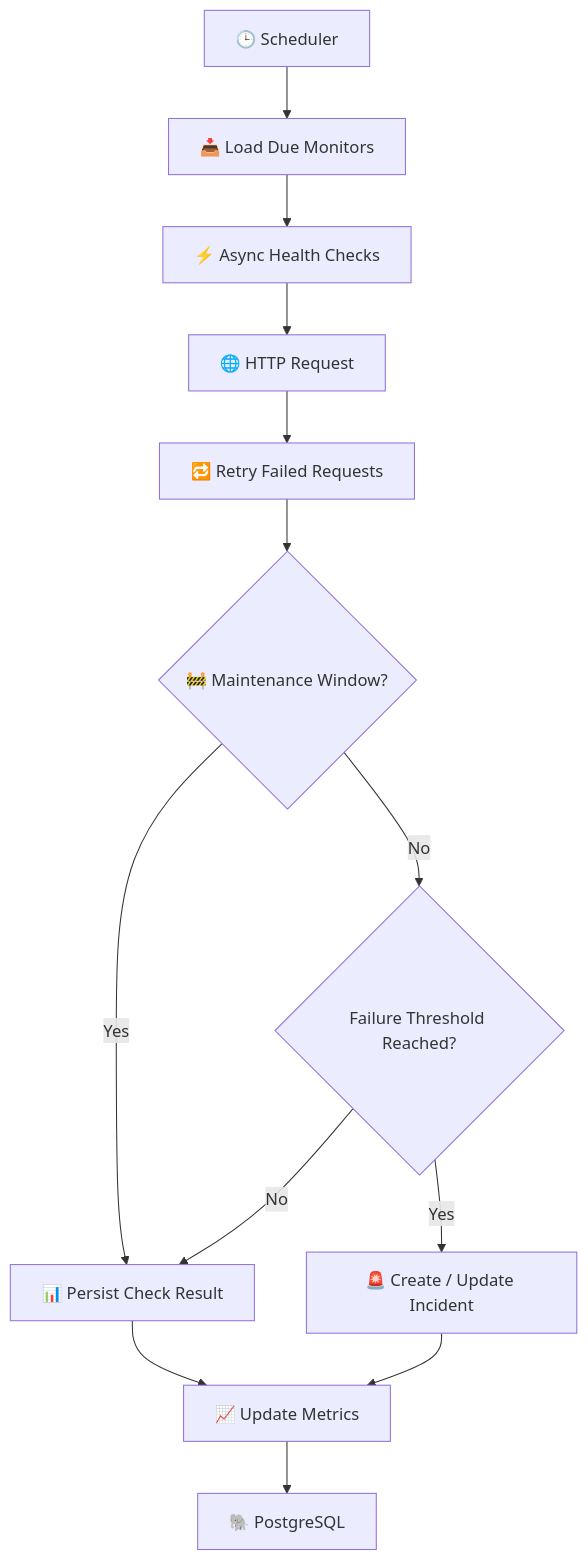
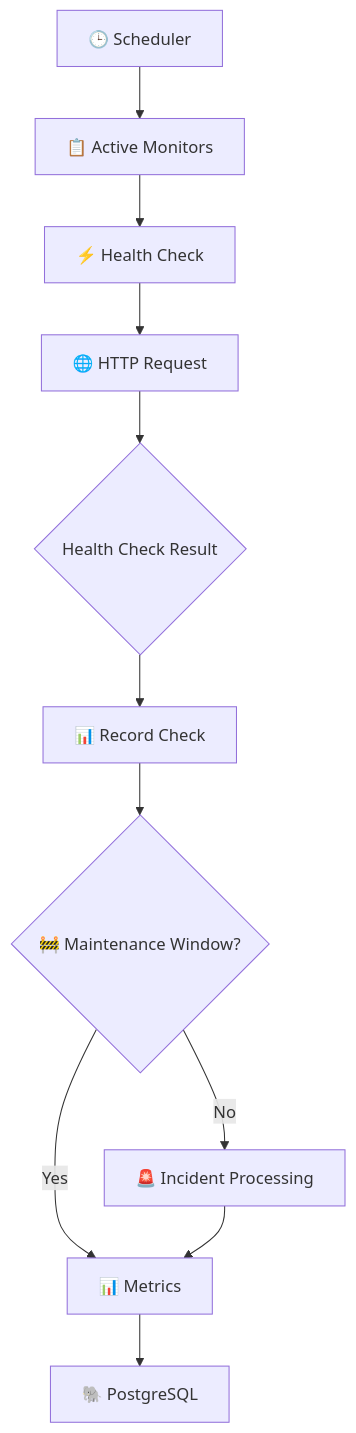
One commit to Jakmoore/incident-management-api changed the second of 2 diagrams in README.md. Above: the diagram before and after it, drawn with Mermaid. The commit also changed other lines of this file and 31 other files, not shown here.

Commit message:
Add multiple tags + maintenance window capabilities

````diff
--- a/README.md
+++ b/README.md
@@ -217,15 +340,18 @@
 ```mermaid
 flowchart TD
-    A["🕒 Scheduler"] --> B["📥 Load Due Monitors"]
-    B --> C["⚡ Async Health Checks"]
+    A["🕒 Scheduler"] --> B["📋 Active Monitors"]
+    B --> C["⚡ Health Check"]
     C --> D["🌐 HTTP Request"]
-    D --> E["🔁 Retry Failed Requests"]
-    E --> F{"🚧 Maintenance Window?"}
-    F -- Yes --> G["📊 Persist Check Result"]
-    F -- No --> H{"Failure Threshold Reached?"}
-    H -- No --> G
-    H -- Yes --> I["🚨 Create / Update Incident"]
-    G --> J["📈 Update Metrics"]
-    I --> J
-    J --> K["🐘 PostgreSQL"]
+
+    D --> E{"Health Check Result"}
+
+    E --> F["📊 Record Check"]
+
+    F --> G{"🚧 Maintenance Window?"}
+
+    G -- "Yes" --> H["📊 Metrics"]
+    G -- "No" --> I["🚨 Incident Processing"]
+
+    I --> H
+    H --> J["🐘 PostgreSQL"]
 ```
````
